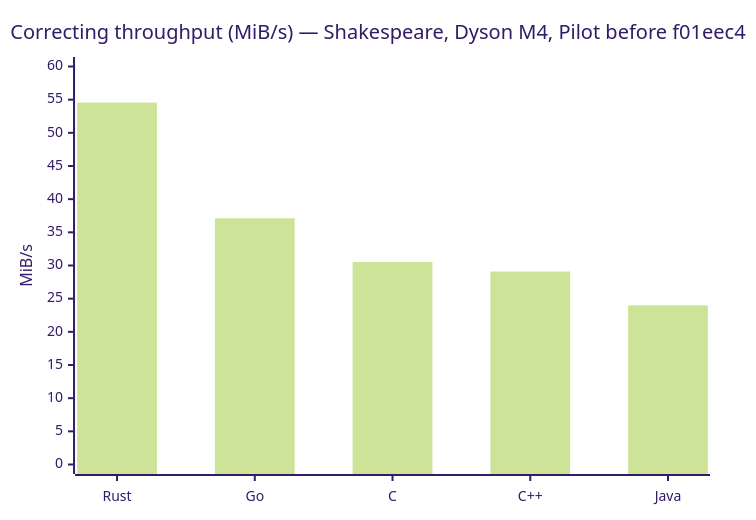
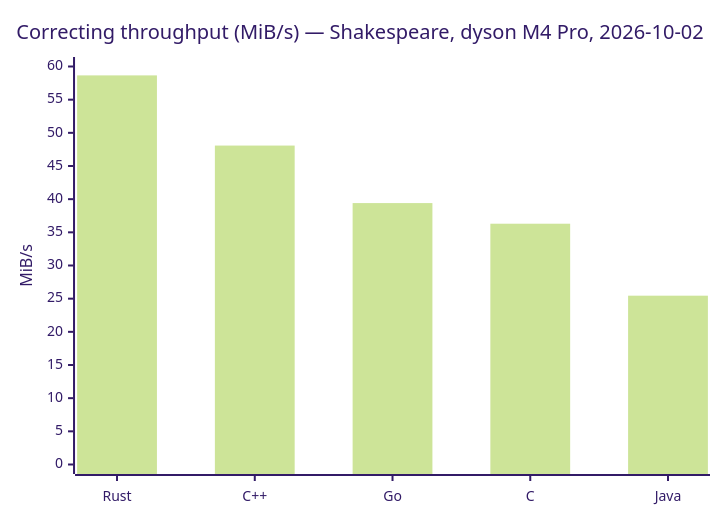
One commit to darrelllong/Delta-Compression changed the fourth of 10 diagrams in ANALYSIS.md. Above: the diagram before and after it, drawn with Mermaid (forest theme). The commit also changed other lines of this file and 28 other files, not shown here.

````diff
--- a/ANALYSIS.md
+++ b/ANALYSIS.md
@@ -493,7 +487,7 @@
 ```mermaid
 xychart-beta
-    title "Correcting throughput (MiB/s) — Shakespeare, Dyson M4, Pilot before f01eec4"
-    x-axis ["Rust", "Go", "C", "C++", "Java"]
+    title "Correcting throughput (MiB/s) — Shakespeare, dyson M4 Pro, 2026-10-02"
+    x-axis ["Rust", "C++", "Go", "C", "Java"]
     y-axis "MiB/s" 0 --> 60
-    bar [54.56, 37.12, 30.54, 29.09, 23.99]
+    bar [58.66, 48.08, 39.41, 36.30, 25.45]
 ```
````
